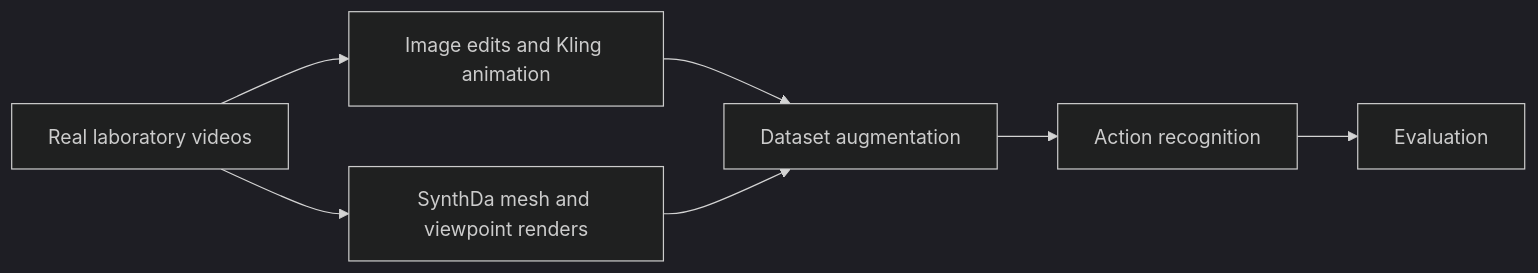
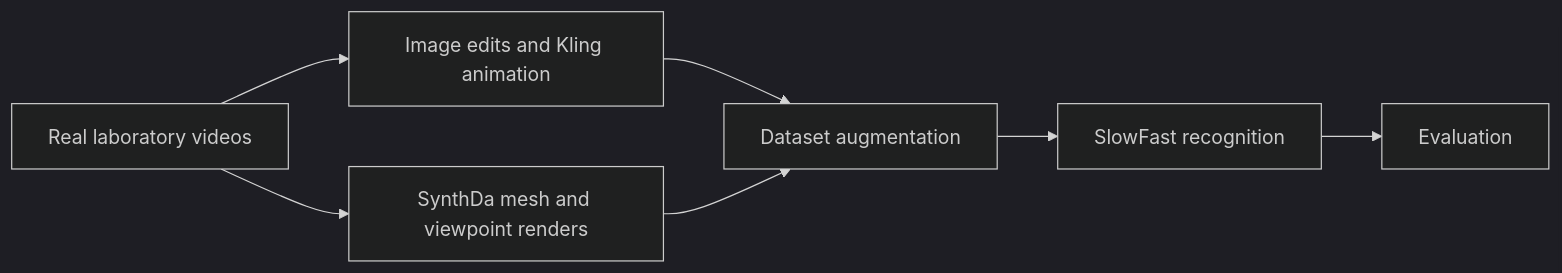
One commit to Yufei1230/synthetic-video-generation-benchmark changed the diagram in README.md. Above: the diagram before and after it, drawn with Mermaid (dark theme). The commit also changed other lines of this file and 34 other files, not shown here.

````diff
--- a/README.md
+++ b/README.md
@@ -15,9 +11,9 @@
 ```mermaid
 flowchart LR
     R[Real laboratory videos] --> I[Image edits and Kling animation]
     R --> V[SynthDa mesh and viewpoint renders]
     I --> A[Dataset augmentation]
     V --> A
-    A --> M[Action recognition]
+    A --> M[SlowFast recognition]
     M --> E[Evaluation]
 ```
````
